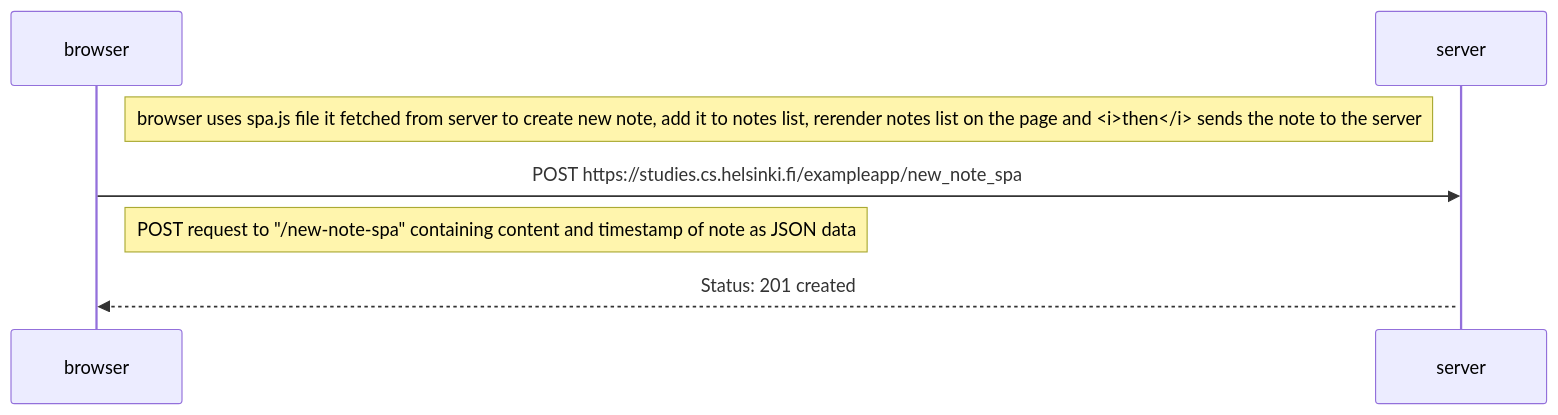
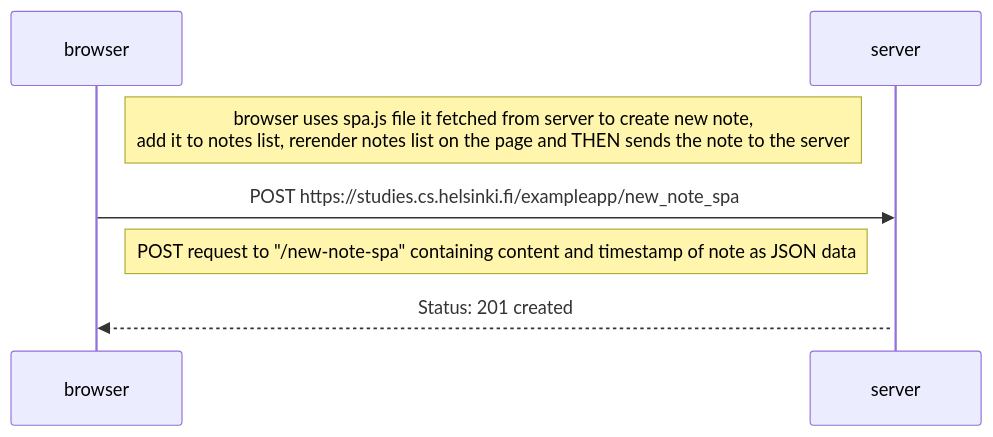
The diagram in part0/0-6.md (valli259/Fullstack-exercises), drawn with Mermaid before and after one commit.

````diff
--- a/part0/0-6.md
+++ b/part0/0-6.md
@@ -1,13 +1,13 @@
 ```mermaid
 sequenceDiagram
 participant browser
 participant server
-Note right of browser: browser uses spa.js file it fetched from server to create new note, add it to notes list, rerender notes list on the page and <i>then</i> sends the note to the server
+Note right of browser: browser uses spa.js file it fetched from server to create new note, <br>add it to notes list, rerender notes list on the page and THEN sends the note to the server
 browser->>server: POST https://studies.cs.helsinki.fi/exampleapp/new_note_spa
 Note right of browser: POST request to "/new-note-spa" containing content and timestamp of note as JSON data
 activate server
 server-->>browser: Status: 201 created
 
 
 
 ```
````
